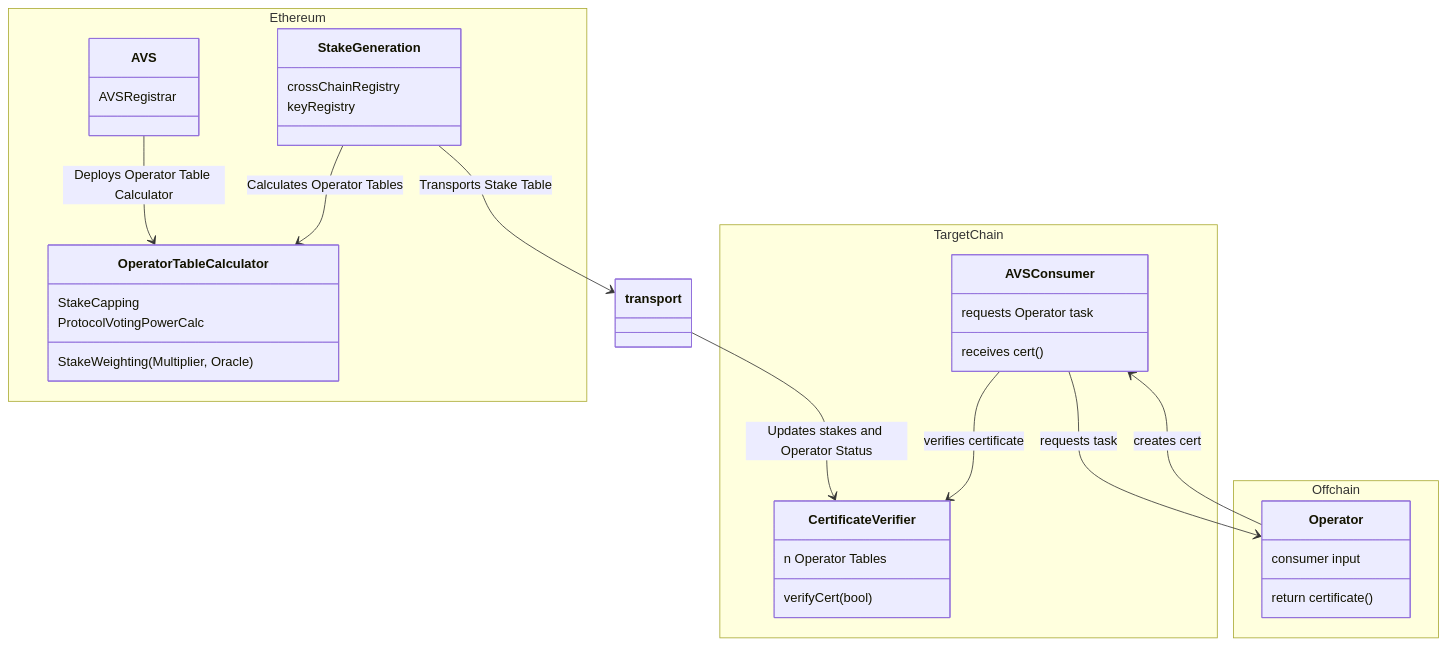
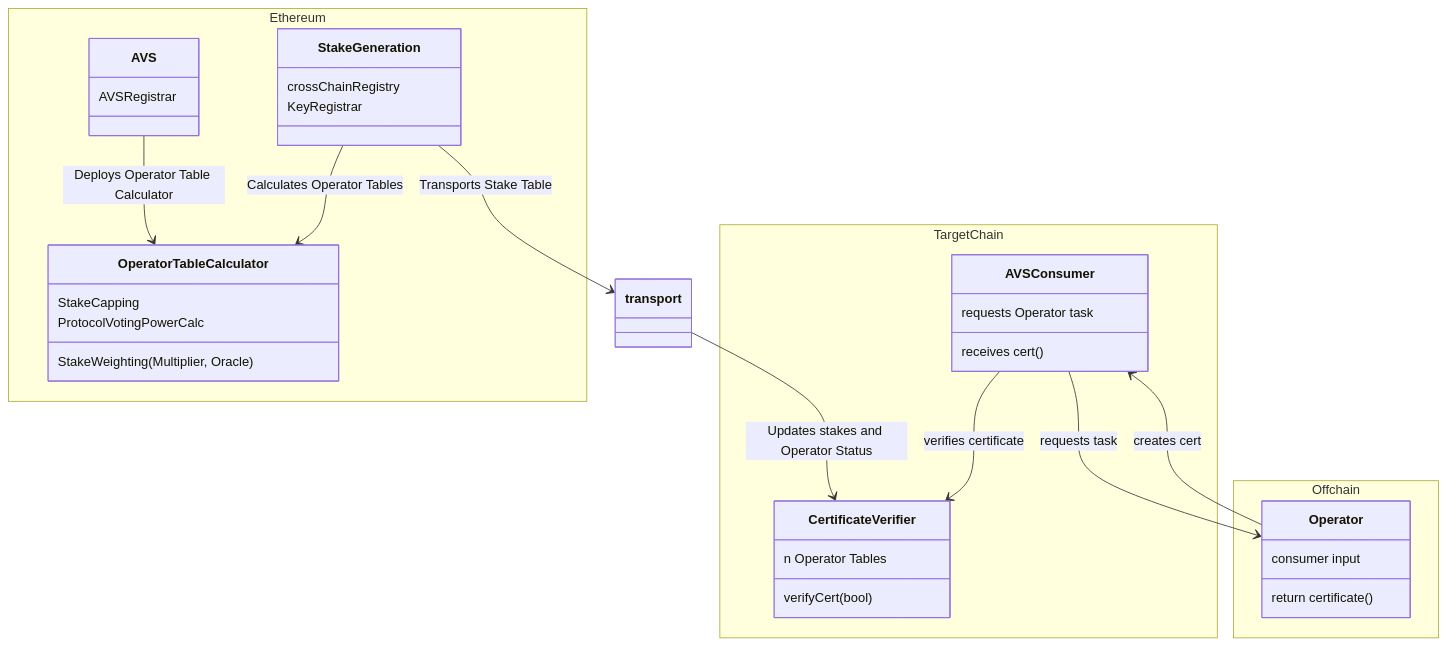
Before and after one commit to eigenfoundation/ELIPs: the first of 2 diagrams in ELIPs/ELIP-008.md, drawn with Mermaid. The commit also changed other lines of this file, not shown here.

````diff
--- a/ELIPs/ELIP-008.md
+++ b/ELIPs/ELIP-008.md
@@ -66,43 +66,43 @@
 ```mermaid
 classDiagram 
 direction TD
 namespace Ethereum{
     class AVS {
         AVSRegistrar
     }
     class OperatorTableCalculator {
         StakeCapping
         StakeWeighting (Multiplier, Oracle)
         ProtocolVotingPowerCalc
     }
     class StakeGeneration {
         crossChainRegistry
-        keyRegistry
+        KeyRegistrar
   }   
 }
 namespace TargetChain{
     class AVSConsumer {
       requests Operator task 
       receives cert ()
     }
     class CertificateVerifier{
       n Operator Tables
      verifyCert (bool)
  }
 }
 
 namespace Offchain{
   class Operator {
    consumer input
    return certificate()
   }
 }
 
 AVS --> OperatorTableCalculator : Deploys Operator Table Calculator
 StakeGeneration --> OperatorTableCalculator : Calculates Operator Tables
 Stake Generation --> transport : Transports Stake Table
 transport --> CertificateVerifier : Updates stakes and Operator Status
 AVSConsumer --> Operator : requests task
 Operator --> AVSConsumer: creates cert
 AVSConsumer --> CertificateVerifier : verifies certificate
 ```
````
